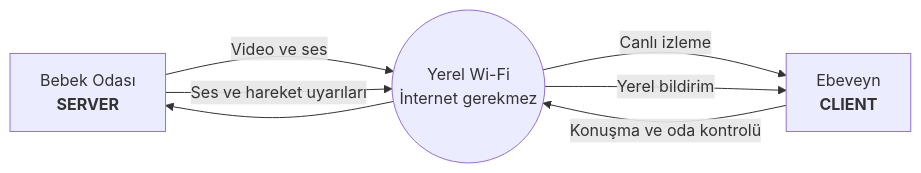
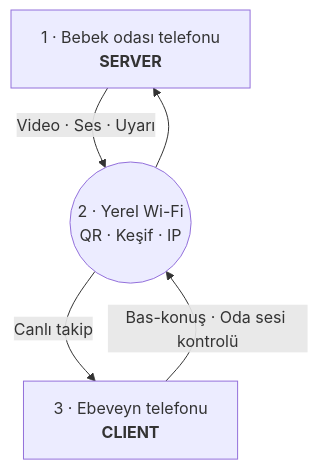
The diagram in README.md (TunahanCan/babycam), drawn with Mermaid before and after one commit. The commit also changed other lines of this file and 6 other files, not shown here.

````diff
--- a/README.md
+++ b/README.md
@@ -44,13 +65,11 @@
 ```mermaid
-flowchart LR
-    S["Bebek Odası<br/><b>SERVER</b>"]
-    L(("Yerel Wi-Fi<br/>İnternet gerekmez"))
-    C["Ebeveyn<br/><b>CLIENT</b>"]
+flowchart TB
+    A["1 · Bebek odası telefonu<br/><b>SERVER</b>"]
+    B(("2 · Yerel Wi-Fi<br/>QR · Keşif · IP"))
+    C["3 · Ebeveyn telefonu<br/><b>CLIENT</b>"]
 
-    S -->|Video ve ses| L
-    L -->|Canlı izleme| C
-    S -->|Ses ve hareket uyarıları| L
-    L -->|Yerel bildirim| C
-    C -->|Konuşma ve oda kontrolü| L
-    L --> S
+    A -->|Video · Ses · Uyarı| B
+    B -->|Canlı takip| C
+    C -->|Bas-konuş · Oda sesi kontrolü| B
+    B --> A
 ```
````
